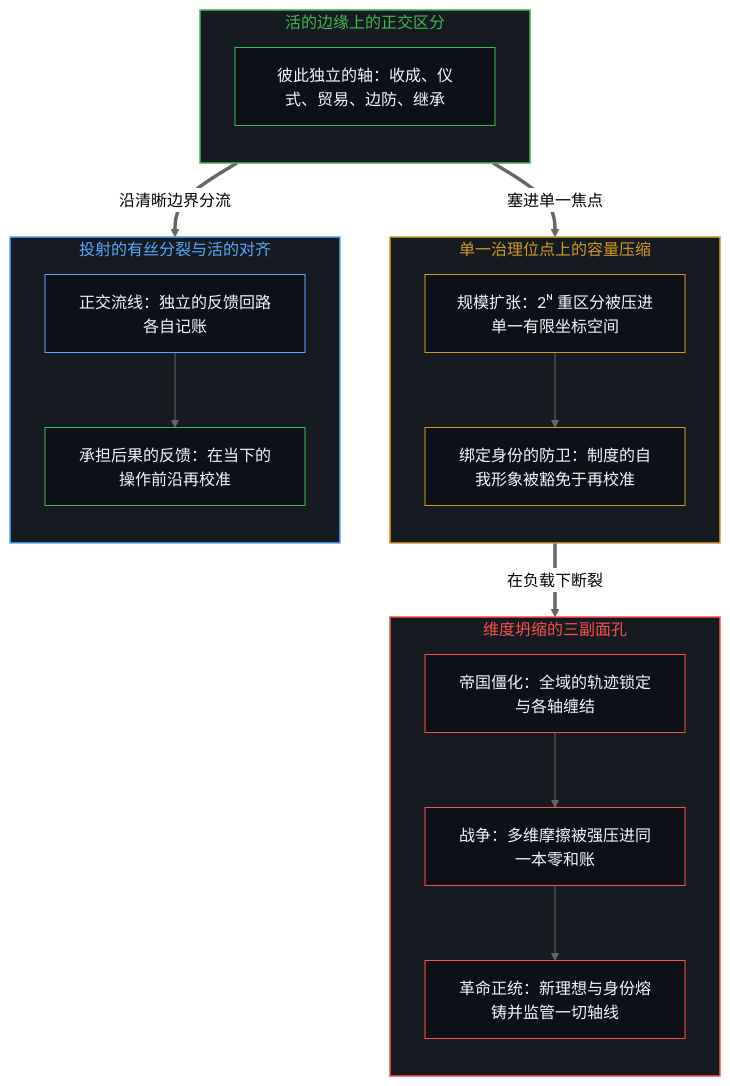
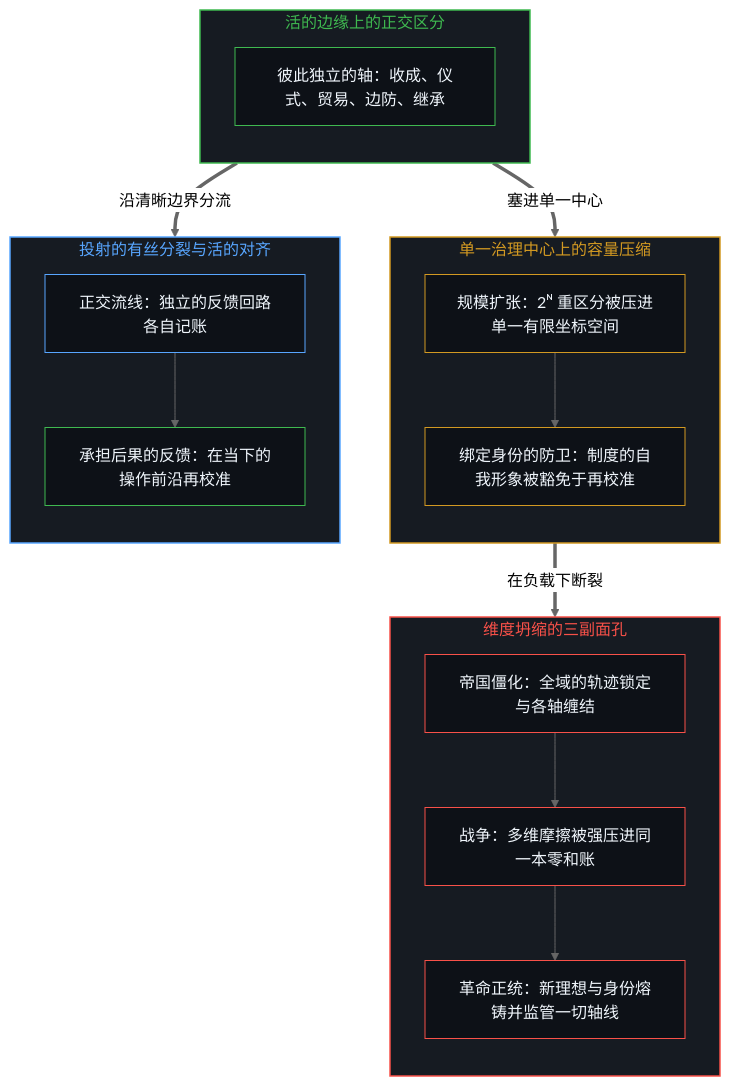
Before and after one commit to powerpig99/not-a-toe: the first of 2 diagrams in content/posts/war-revolution-and-the-fall-of-empires.md, drawn with Mermaid (neutral theme). The commit also changed other lines of this file and 8 other files, not shown here.

````diff
--- a/content/posts/war-revolution-and-the-fall-of-empires.md
+++ b/content/posts/war-revolution-and-the-fall-of-empires.md
@@ -21,41 +21,41 @@
 ```mermaid
 flowchart TD
     subgraph S_Axes["活的边缘上的正交区分"]
         direction TB
         A1["彼此独立的轴：收成、仪式、贸易、边防、继承"]
     end
-    subgraph S_Locus["单一治理位点上的容量压缩"]
+    subgraph S_Locus["单一治理中心上的容量压缩"]
         direction TB
         L1["规模扩张：2ᴺ 重区分被压进单一有限坐标空间"]
         L2["绑定身份的防卫：制度的自我形象被豁免于再校准"]
         L1 --> L2
     end
     subgraph S_Collapse["维度坍缩的三副面孔"]
         direction TB
         O1["帝国僵化：全域的轨迹锁定与各轴缠结"]
         O2["战争：多维摩擦被强压进同一本零和账"]
         O3["革命正统：新理想与身份熔铸并监管一切轴线"]
         O1 --> O2 --> O3
     end
     subgraph S_Open["投射的有丝分裂与活的对齐"]
         direction TB
         M1["正交流线：独立的反馈回路各自记账"]
         M2["承担后果的反馈：在当下的操作前沿再校准"]
         M1 --> M2
     end
-    A1 ==>|"塞进单一焦点"| L1
+    A1 ==>|"塞进单一中心"| L1
     L2 ==>|"在负载下断裂"| O1
     A1 ==>|"沿清晰边界分流"| M1
     style S_Axes fill:#161b22,stroke:#3fb950,stroke-width:1.5px,color:#3fb950
     style S_Locus fill:#161b22,stroke:#d29922,stroke-width:1.5px,color:#d29922
     style S_Collapse fill:#161b22,stroke:#f85149,stroke-width:1.5px,color:#f85149
     style S_Open fill:#161b22,stroke:#58a6ff,stroke-width:1.5px,color:#58a6ff
     style A1 fill:#0d1117,stroke:#3fb950,stroke-width:1px,color:#f0f6fc
     style L1 fill:#0d1117,stroke:#d29922,stroke-width:1px,color:#f0f6fc
     style L2 fill:#0d1117,stroke:#d29922,stroke-width:1px,color:#f0f6fc
     style O1 fill:#0d1117,stroke:#f85149,stroke-width:1px,color:#f0f6fc
     style O2 fill:#0d1117,stroke:#f85149,stroke-width:1px,color:#f0f6fc
     style O3 fill:#0d1117,stroke:#f85149,stroke-width:1px,color:#f0f6fc
     style M1 fill:#0d1117,stroke:#58a6ff,stroke-width:1px,color:#f0f6fc
     style M2 fill:#0d1117,stroke:#3fb950,stroke-width:1px,color:#f0f6fc
 ```
````
